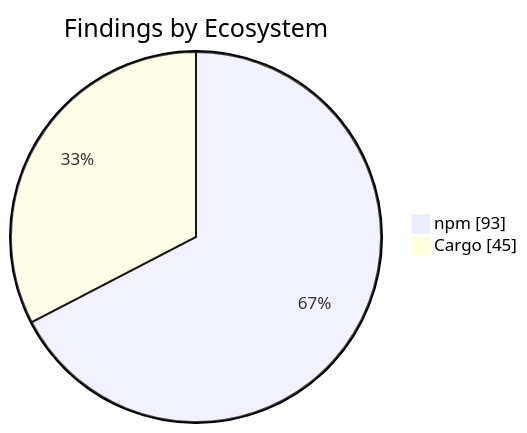
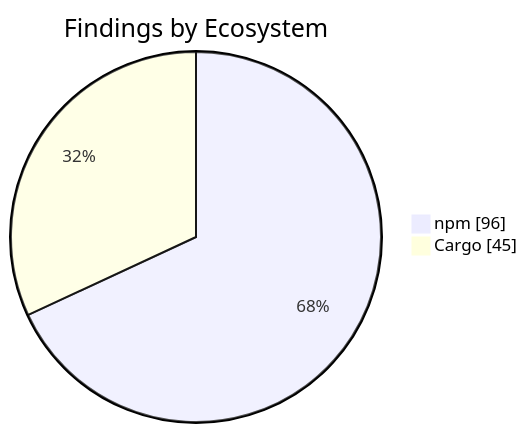
Before and after one commit to KBVE/kbve: the second of 2 diagrams in apps/kbve/astro-kbve/src/content/docs/dashboard/security.mdx, drawn with Mermaid. The commit also changed other lines of this file and 1 other file, not shown here.

````diff
--- a/apps/kbve/astro-kbve/src/content/docs/dashboard/security.mdx
+++ b/apps/kbve/astro-kbve/src/content/docs/dashboard/security.mdx
@@ -159,6 +159,6 @@
 ```mermaid
 pie showData
     title Findings by Ecosystem
-    "npm" : 93
+    "npm" : 96
     "Cargo" : 45
 ```
````
